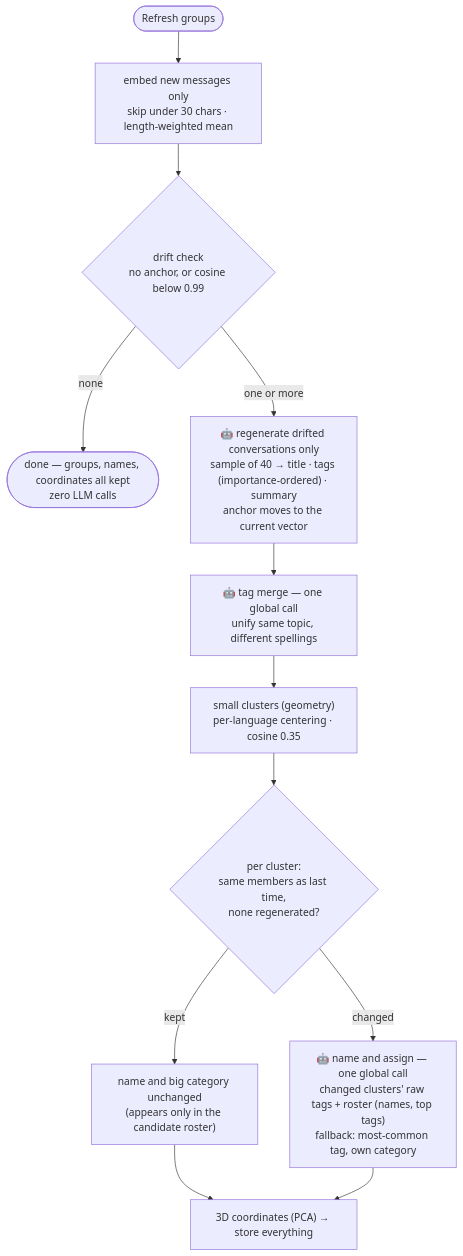
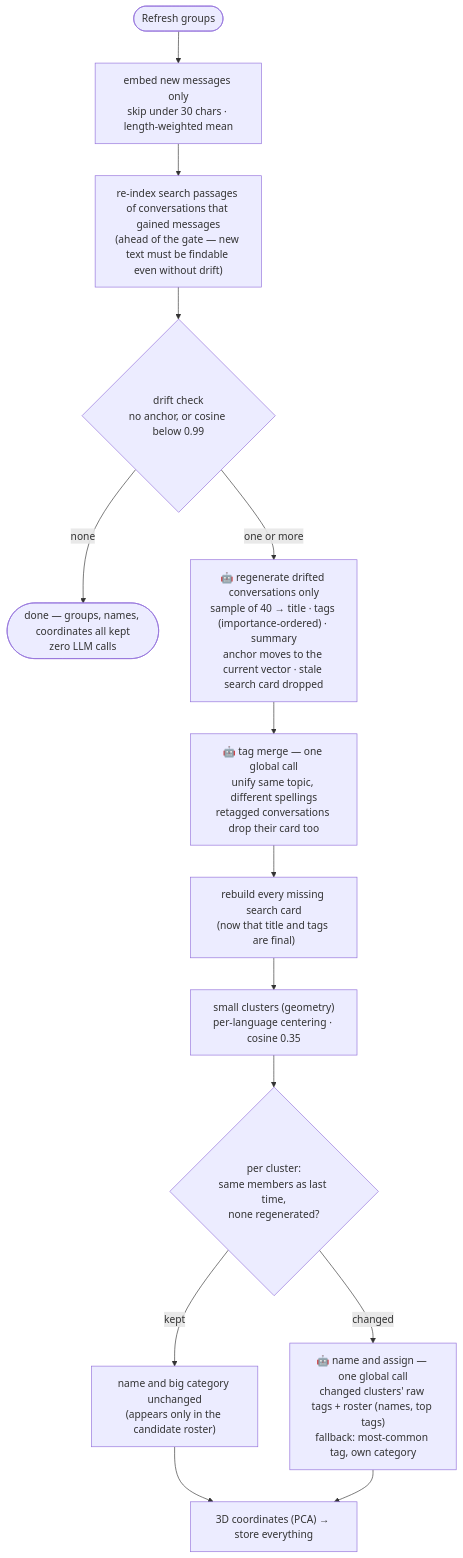
One commit to seung-gu/sgmcp changed the fourth of 4 diagrams in ARCHITECTURE.md. Above: the diagram before and after it, drawn with Mermaid. The commit also changed other lines of this file and 4 other files, not shown here.

````diff
--- a/ARCHITECTURE.md
+++ b/ARCHITECTURE.md
@@ -93,14 +93,16 @@
 ```mermaid
 flowchart TD
     S([Refresh groups]) --> E["embed new messages only<br/>skip under 30 chars · length-weighted mean"]
-    E --> G{"drift check<br/>no anchor, or cosine below 0.99"}
+    E --> C["re-index search passages of conversations that gained messages<br/>(ahead of the gate — new text must be findable even without drift)"]
+    C --> G{"drift check<br/>no anchor, or cosine below 0.99"}
     G -- "none" --> X(["done — groups, names, coordinates all kept<br/>zero LLM calls"])
-    G -- "one or more" --> M["🤖 regenerate drifted conversations only<br/>sample of 40 → title · tags (importance-ordered) · summary<br/>anchor moves to the current vector"]
-    M --> T["🤖 tag merge — one global call<br/>unify same topic, different spellings"]
-    T --> K["small clusters (geometry)<br/>per-language centering · cosine 0.35"]
+    G -- "one or more" --> M["🤖 regenerate drifted conversations only<br/>sample of 40 → title · tags (importance-ordered) · summary<br/>anchor moves to the current vector · stale search card dropped"]
+    M --> T["🤖 tag merge — one global call<br/>unify same topic, different spellings<br/>retagged conversations drop their card too"]
+    T --> RC["rebuild every missing search card<br/>(now that title and tags are final)"]
+    RC --> K["small clusters (geometry)<br/>per-language centering · cosine 0.35"]
     K --> CH{"per cluster:<br/>same members as last time,<br/>none regenerated?"}
     CH -- "kept" --> KEEP["name and big category unchanged<br/>(appears only in the candidate roster)"]
     CH -- "changed" --> N["🤖 name and assign — one global call<br/>changed clusters' raw tags + roster (names, top tags)<br/>fallback: most-common tag, own category"]
     KEEP --> P["3D coordinates (PCA) → store everything"]
     N --> P
 ```
````
